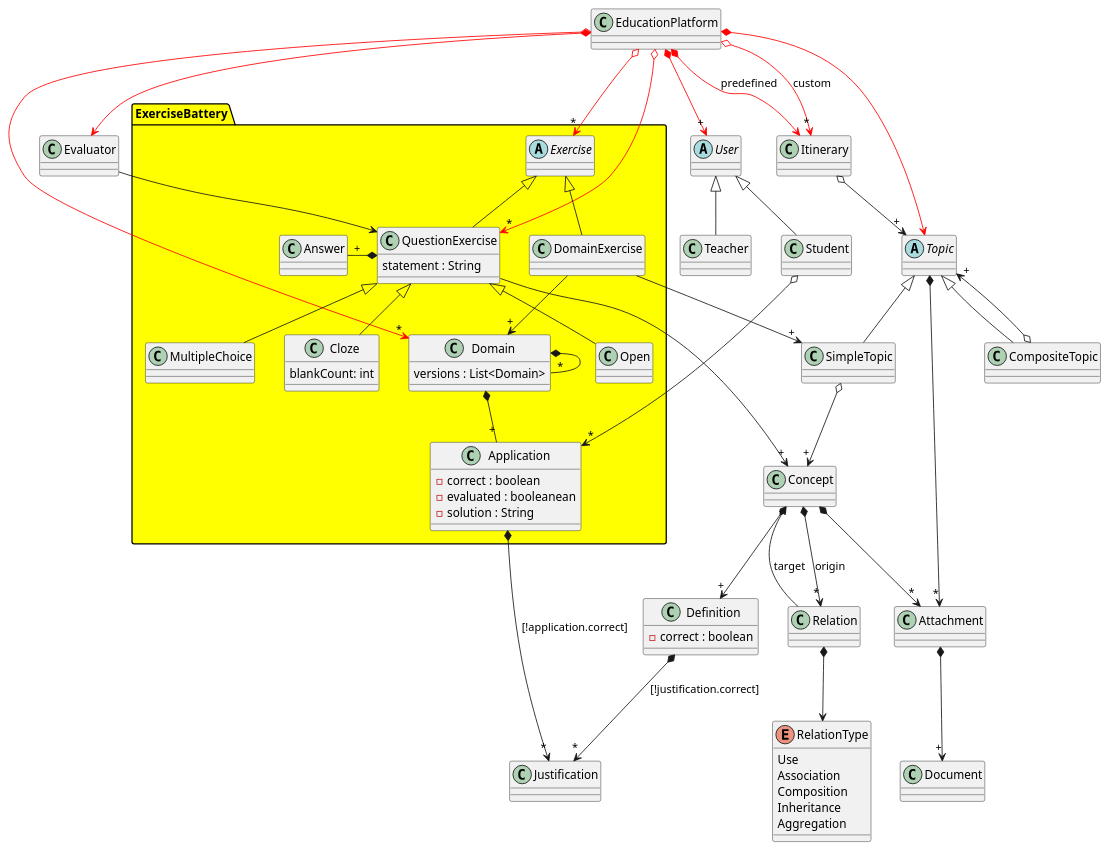
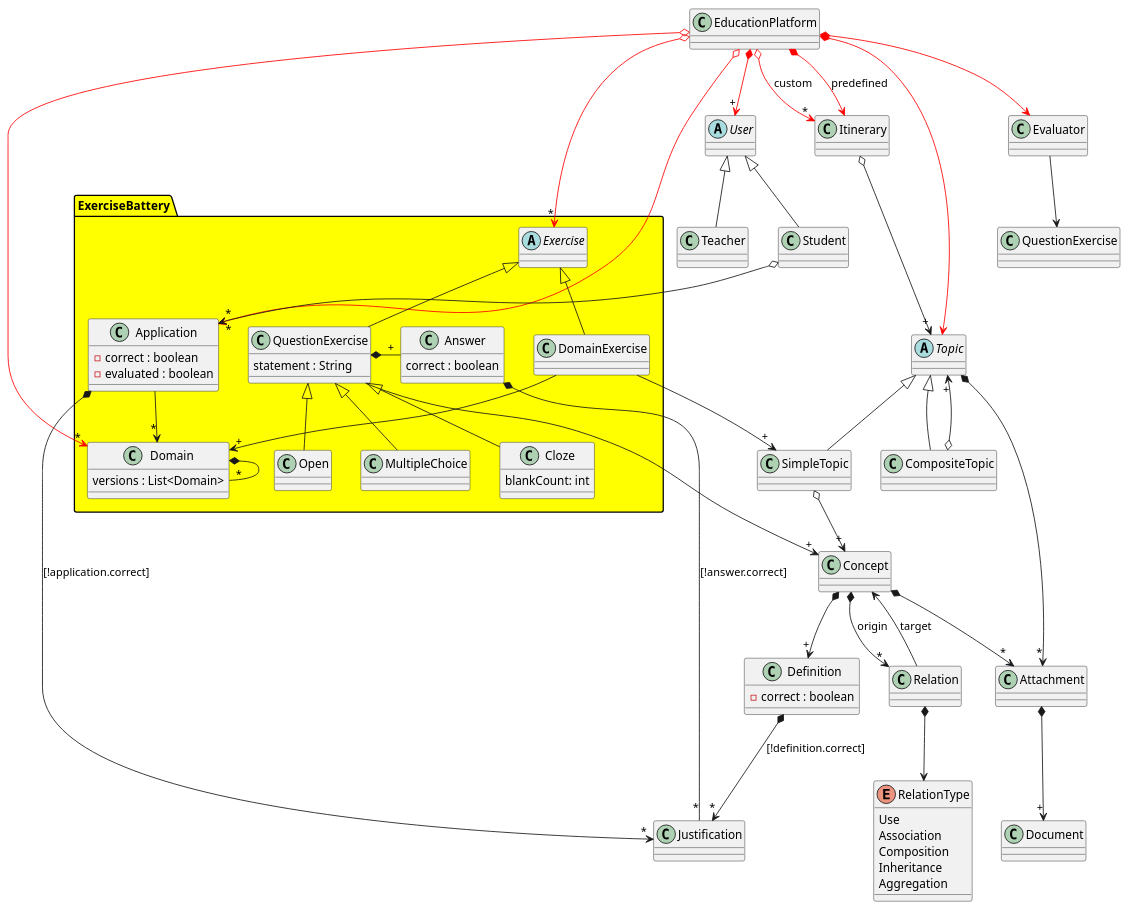
Before and after one commit to jumpering/lab-turing: the diagram in Diagrams/EducationPlatform/Domain.puml, drawn with PlantUML. The commit also changed 1 other file, not shown here.

```diff
--- a/Diagrams/EducationPlatform/Domain.puml
+++ b/Diagrams/EducationPlatform/Domain.puml
@@ -1,122 +1,126 @@
 @startuml EducationPlatformDomain
 
 EducationPlatform *-[#red]-> "+" User
 EducationPlatform *-[#red]-> Topic
 EducationPlatform *-[#red]-> Itinerary : predefined
 EducationPlatform o-[#red]-> "*" Itinerary : custom
 EducationPlatform *-[#red]-> Evaluator
 EducationPlatform o-[#red]-> "*" ExerciseBattery.Exercise
-EducationPlatform o-[#red]-> "*" ExerciseBattery.QuestionExercise
 EducationPlatform o-[#red]-> "*" ExerciseBattery.Domain
+EducationPlatform o-[#red]-> "*" ExerciseBattery.Application
 
 abstract User{
 }
 
 User <|-- Teacher
 User <|-- Student
 
 class Teacher{
 }
 
 class Student{
 }
 Student o--> "*" ExerciseBattery.Application
 
 class Evaluator{
 }
 Evaluator --> QuestionExercise
 
 class Itinerary {
 }
 Itinerary o--> "+" Topic
 
 class Definition {
     - correct : boolean
 }
-Definition *--> "*" Justification:[!justification.correct]
+Definition *--> "*" Justification:[!definition.correct]
 
 class Justification {
 }
 
 abstract Topic{
 }
 Topic <|-- CompositeTopic
 Topic <|-- SimpleTopic
 Topic *--> "*" Attachment
 
 class Attachment{
 }
 Attachment *--> "+" Document
 
 class SimpleTopic{
 }
 SimpleTopic o--> "+" Concept
 
 class CompositeTopic{
 }
 CompositeTopic o--> "+" Topic
 
 class Document{}
 
 class Concept{
 }
 Concept *-down-> "+" Definition
 Concept *-down-> "*" Relation : origin
 Concept *-down-> "*" Attachment
 
 class Relation {
 }
 Relation --> Concept : target
 Relation *-down-> RelationType
 
 enum RelationType {
     Use
     Association
     Composition
     Inheritance
     Aggregation
 } 
 
 package ExerciseBattery #yellow{
 
     abstract Exercise {
     }
-    Exercise <|-- QuestionExercise
+    Exercise <|-- ExerciseBattery.QuestionExercise
     Exercise <|-- DomainExercise
 
     class DomainExercise{
 
     }
     DomainExercise --> "+" Domain
     DomainExercise --> "+" SimpleTopic
 
     class Domain{
         versions : List<Domain>
     }
     Domain *-- "*" Domain
-    Domain *-- "+" ExerciseBattery.Application
-   
+    'Domain *-- "+" ExerciseBattery.Application
+   ExerciseBattery.Application --> "*" Domain
     class QuestionExercise{
         statement : String
     }
     QuestionExercise <|-- MultipleChoice
     QuestionExercise <|-- Cloze
     QuestionExercise <|-- Open
     QuestionExercise --> "+" Concept
     QuestionExercise *-left- "+" Answer
+
+    class Answer{
+        correct : boolean
+    }
+    Answer *-- "*" Justification : [!answer.correct]
 
     class Cloze{
         blankCount: int
     }
     
     class MultipleChoice{
     }
 
     class Application{
         - correct : boolean
-        - evaluated : booleanean
-        - solution : String
+        - evaluated : boolean
     }
     Application *--> "*" Justification:[!application.correct]
 }
 @enduml
```
